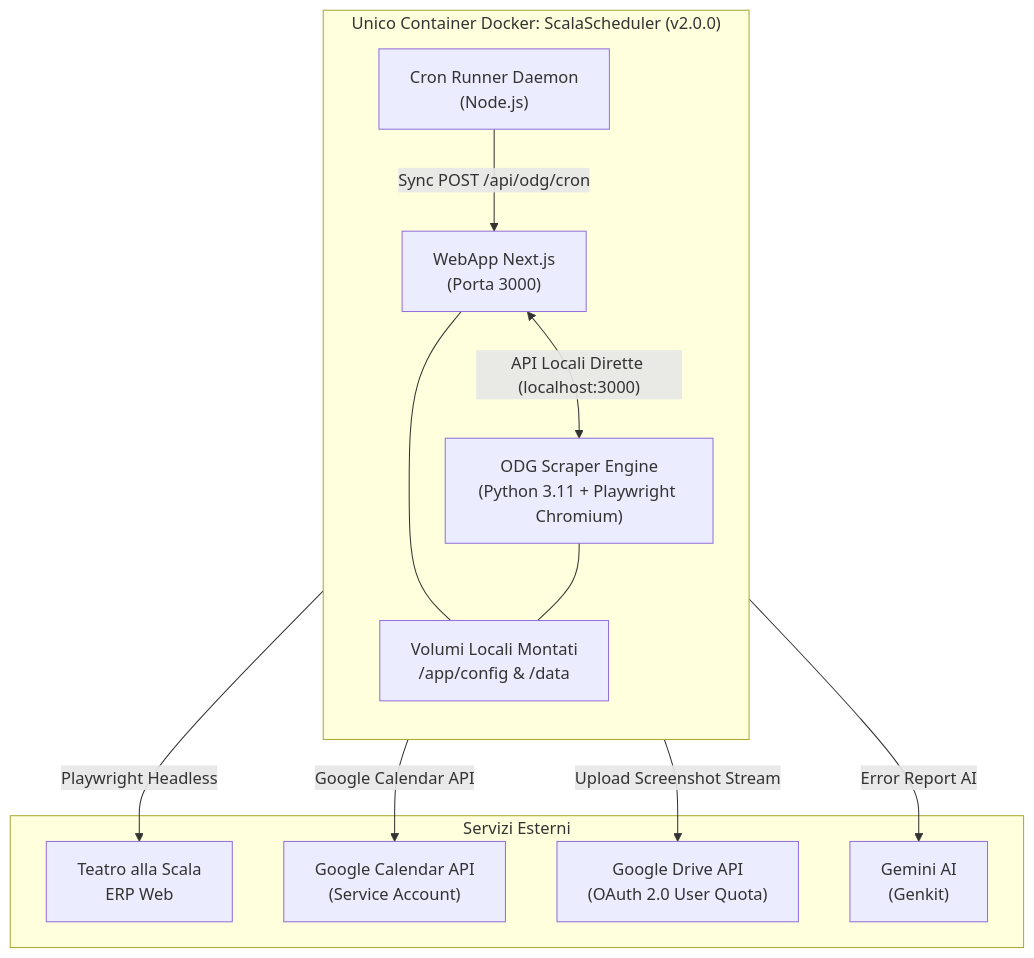
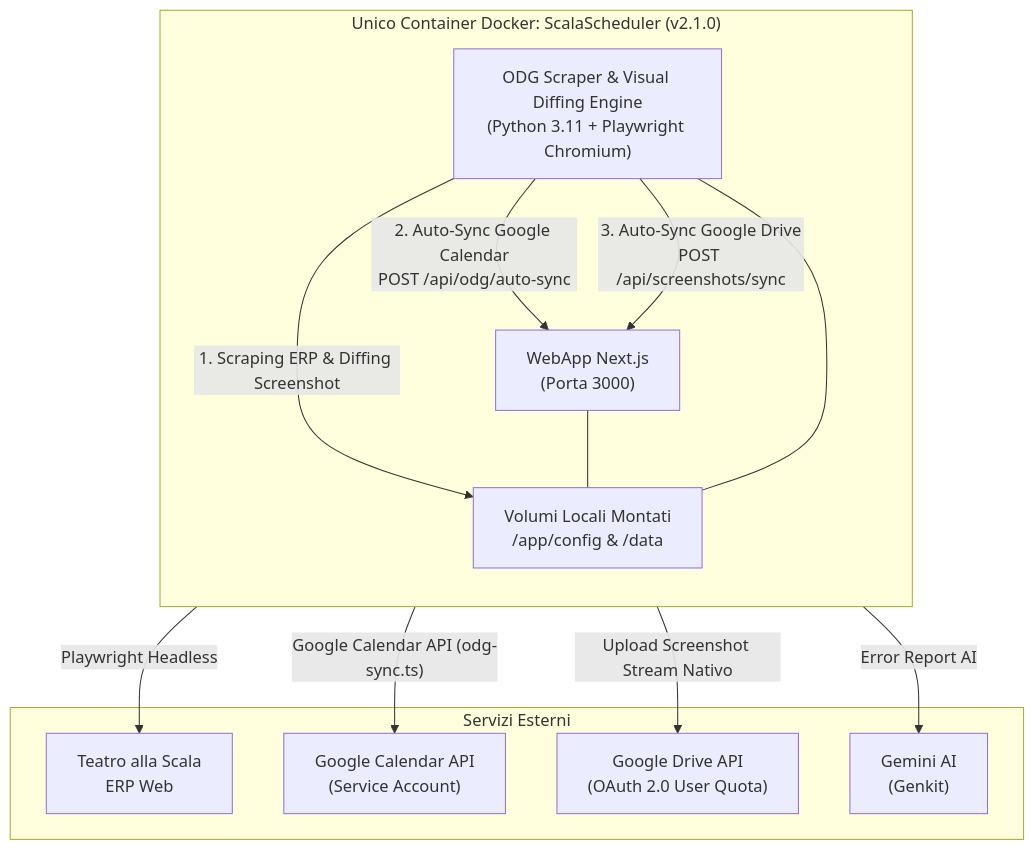
One commit to ciacky85/ScalaScheduler changed the first of 3 diagrams in ANALISI_TECNICA.md. Above: the diagram before and after it, drawn with Mermaid. The commit also changed other lines of this file and 3 other files, not shown here.

First line of the commit message:
docs(v2.1.0): update documentation files with new features and architecture

````diff
--- a/ANALISI_TECNICA.md
+++ b/ANALISI_TECNICA.md
@@ -15,27 +17,27 @@
 ```mermaid
 graph TD
-    subgraph "Unico Container Docker: ScalaScheduler (v2.0.0)"
+    subgraph "Unico Container Docker: ScalaScheduler (v2.1.0)"
         direction TB
         A["WebApp Next.js<br/>(Porta 3000)"]
-        B["ODG Scraper Engine<br/>(Python 3.11 + Playwright Chromium)"]
-        C["Cron Runner Daemon<br/>(Node.js)"]
+        B["ODG Scraper & Visual Diffing Engine<br/>(Python 3.11 + Playwright Chromium)"]
         D["Volumi Locali Montati<br/>/app/config & /data"]
 
-        A <-->|"API Locali Dirette (localhost:3000)"| B
-        C -->|"Sync POST /api/odg/cron"| A
+        B -->|"1. Scraping ERP & Diffing Screenshot"| D
+        B -->|"2. Auto-Sync Google Calendar<br/>POST /api/odg/auto-sync"| A
+        B -->|"3. Auto-Sync Google Drive<br/>POST /api/screenshots/sync"| A
         A --- D
         B --- D
     end
 
     subgraph "Servizi Esterni"
         E["Teatro alla Scala<br/>ERP Web"]
         F["Google Calendar API<br/>(Service Account)"]
         G["Google Drive API<br/>(OAuth 2.0 User Quota)"]
         H["Gemini AI<br/>(Genkit)"]
     end
 
     B -->|"Playwright Headless"| E
-    A -->|"Google Calendar API"| F
-    A -->|"Upload Screenshot Stream"| G
+    A -->|"Google Calendar API (odg-sync.ts)"| F
+    A -->|"Upload Screenshot Stream Nativo"| G
     A -->|"Error Report AI"| H
 ```
````
